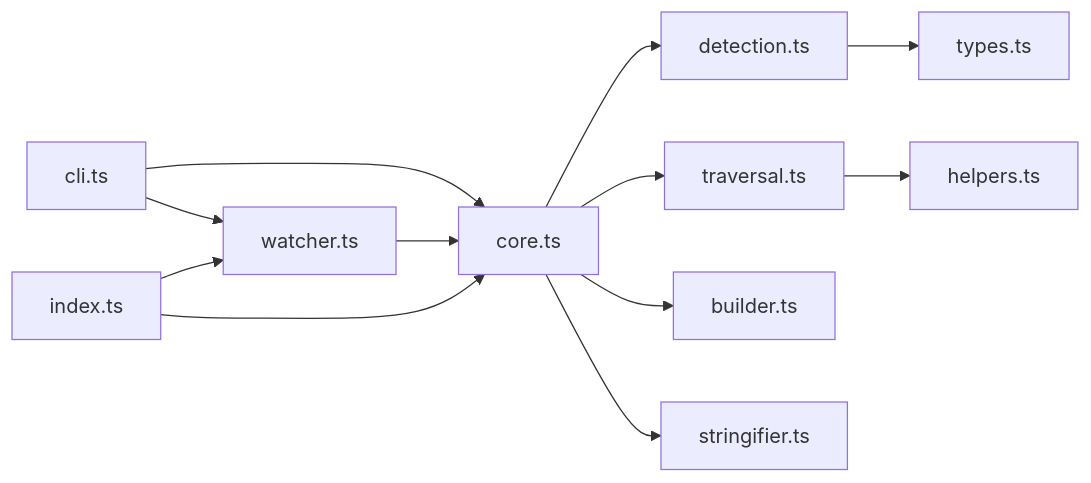
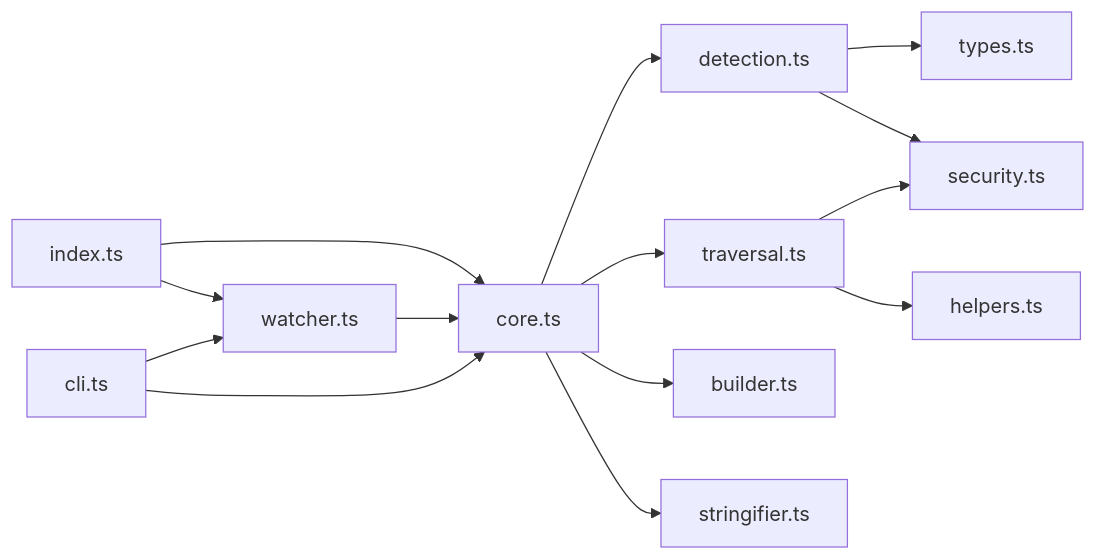
One commit to corrodeapp/next-routes changed the second of 2 diagrams in readme.md. Above: the diagram before and after it, drawn with Mermaid. The commit also changed other lines of this file and 11 other files, not shown here.

````diff
--- a/readme.md
+++ b/readme.md
@@ -269,14 +272,16 @@
 ```mermaid
 graph LR
     CLI[cli.ts] --> Core[core.ts]
     CLI --> Watcher[watcher.ts]
     Watcher --> Core
     Core --> Detection[detection.ts]
     Core --> Traversal[traversal.ts]
     Core --> Builder[builder.ts]
     Core --> Stringifier[stringifier.ts]
     Traversal --> Helpers[helpers.ts]
+    Traversal --> Security[security.ts]
+    Detection --> Security
     Detection --> Types[types.ts]
     Index[index.ts] --> Core
     Index --> Watcher
 ```
````
